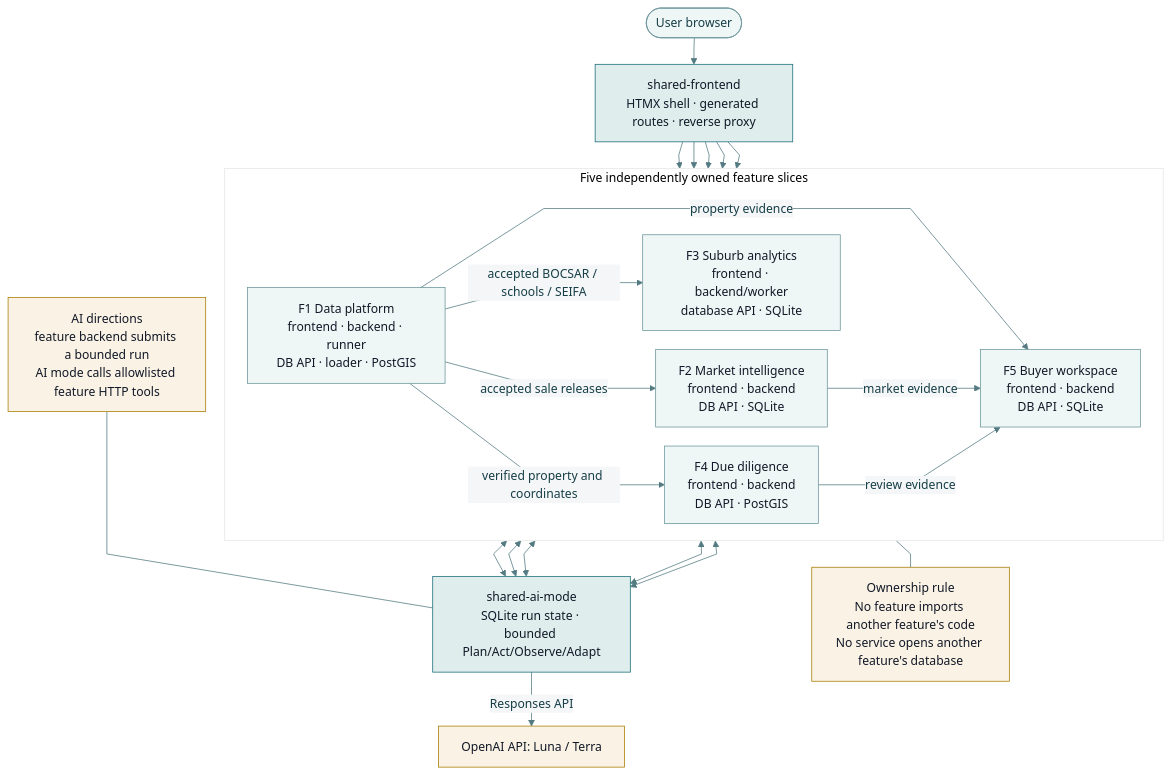
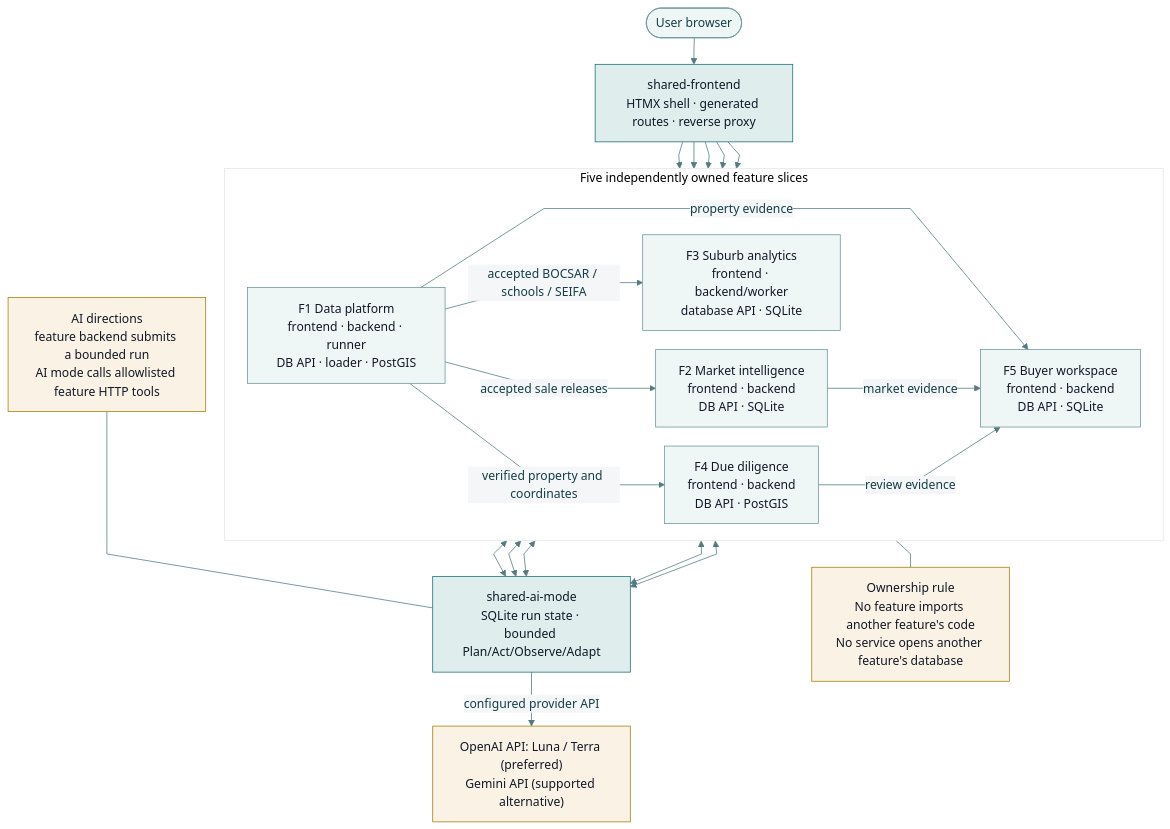
One commit to MattShelton04/41026ASDProject changed the diagram in docs/reports/diagrams/release-0/integrated-architecture.mmd. Above: the diagram before and after it, drawn with Mermaid. The commit also changed 11 other files, not shown here.

Commit message:
docs(report): align schema diagrams and clarify provider choices

```diff
--- a/docs/reports/diagrams/release-0/integrated-architecture.mmd
+++ b/docs/reports/diagrams/release-0/integrated-architecture.mmd
@@ -1,45 +1,45 @@
 %%{init: {"theme":"base","themeVariables":{"fontFamily":"Arial","fontSize":"16px","primaryColor":"#eff6f6","primaryBorderColor":"#6b969b","primaryTextColor":"#153e46","lineColor":"#527a80","secondaryColor":"#f4f6f8","tertiaryColor":"#ffffff"},"flowchart":{"curve":"linear","nodeSpacing":25,"rankSpacing":35}}}%%
 flowchart TB
     user([User browser]) --> edge["shared-frontend<br/>HTMX shell · generated routes · reverse proxy"]
-    model["OpenAI API: Luna / Terra"]
+    model["OpenAI API: Luna / Terra (preferred)<br/>Gemini API (supported alternative)"]
 
     subgraph features["Five independently owned feature slices"]
         direction LR
         f1["F1 Data platform<br/>frontend · backend · runner<br/>DB API · loader · PostGIS"]
         f2["F2 Market intelligence<br/>frontend · backend<br/>DB API · SQLite"]
         f3["F3 Suburb analytics<br/>frontend · backend/worker<br/>database API · SQLite"]
         f4["F4 Due diligence<br/>frontend · backend<br/>DB API · PostGIS"]
         f5["F5 Buyer workspace<br/>frontend · backend<br/>DB API · SQLite"]
     end
 
     edge --> f1
     edge --> f2
     edge --> f3
     edge --> f4
     edge --> f5
 
     f1 -->|accepted sale releases| f2
     f1 -->|accepted BOCSAR / schools / SEIFA| f3
     f1 -->|verified property and coordinates| f4
     f1 -->|property evidence| f5
     f2 -->|market evidence| f5
     f4 -->|review evidence| f5
 
     ai["shared-ai-mode<br/>SQLite run state · bounded Plan/Act/Observe/Adapt"]
     f1 <--> ai
     f2 <--> ai
     f3 <--> ai
     f4 <--> ai
     f5 <--> ai
     aitip["AI directions<br/>feature backend submits a bounded run<br/>AI mode calls allowlisted feature HTTP tools"] --- ai
-    ai -->|Responses API| model
+    ai -->|configured provider API| model
 
     isolation["Ownership rule<br/>No feature imports another feature's code<br/>No service opens another feature's database"]
     features --- isolation
 
     classDef shared fill:#dfeded,stroke:#176b75,color:#111827;
     classDef feature fill:#eff6f6,stroke:#6b969b,color:#111827;
     classDef note fill:#faf2e4,stroke:#a67c00,color:#111827;
     class edge,ai shared;
     class f1,f2,f3,f4,f5 feature;
     class model,isolation,aitip note;
```
